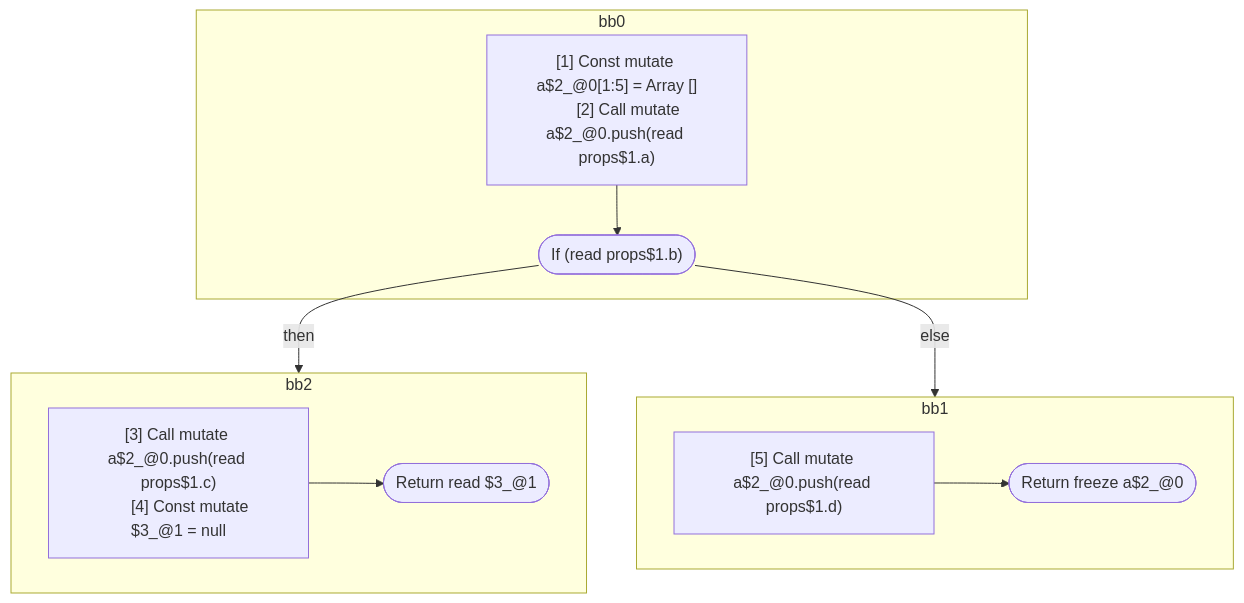
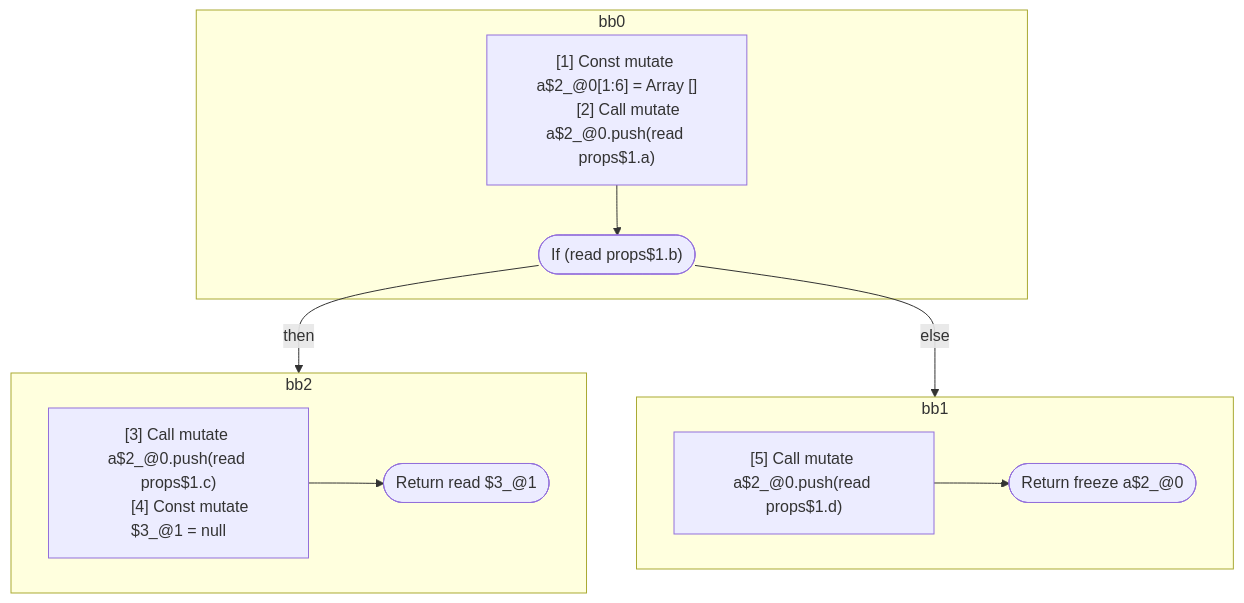
Before and after one commit to wutsmog/private: the third of 5 diagrams in compiler/forget/src/__tests__/fixtures/hir/conditional-break.expect.md, drawn with Mermaid. The commit also changed other lines of this file and 45 other files, not shown here.

````diff
--- a/compiler/forget/src/__tests__/fixtures/hir/conditional-break.expect.md
+++ b/compiler/forget/src/__tests__/fixtures/hir/conditional-break.expect.md
@@ -224,29 +224,29 @@
 ```mermaid
 flowchart TB
   %% Basic Blocks
   subgraph bb0
     bb0_instrs["
-      [1] Const mutate a$2_@0[1:5] = Array []
+      [1] Const mutate a$2_@0[1:6] = Array []
       [2] Call mutate a$2_@0.push(read props$1.a)
     "]
     bb0_instrs --> bb0_terminal(["If (read props$1.b)"])
   end
   subgraph bb2
     bb2_instrs["
       [3] Call mutate a$2_@0.push(read props$1.c)
       [4] Const mutate $3_@1 = null
     "]
     bb2_instrs --> bb2_terminal(["Return read $3_@1"])
   end
   subgraph bb1
     bb1_instrs["
       [5] Call mutate a$2_@0.push(read props$1.d)
     "]
     bb1_instrs --> bb1_terminal(["Return freeze a$2_@0"])
   end
 
   %% Jumps
   bb0_terminal -- "then" --> bb2
   bb0_terminal -- "else" --> bb1
 
 ```
````
